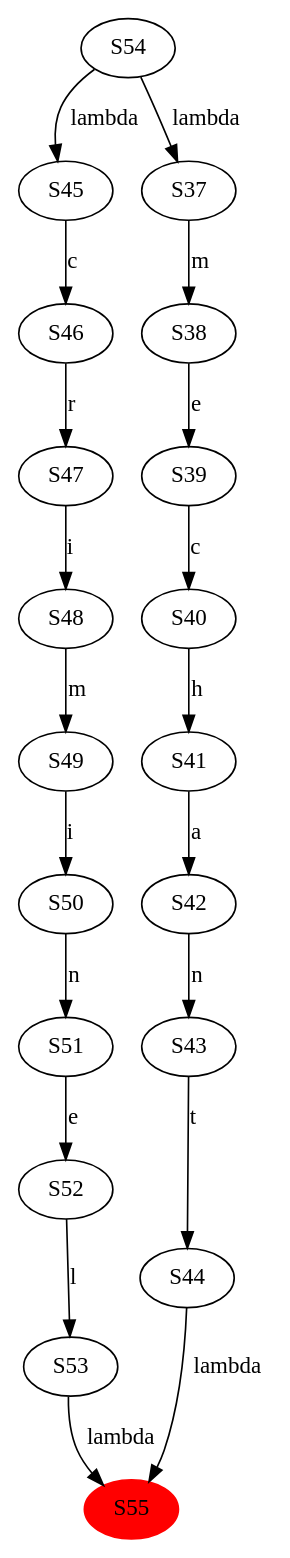
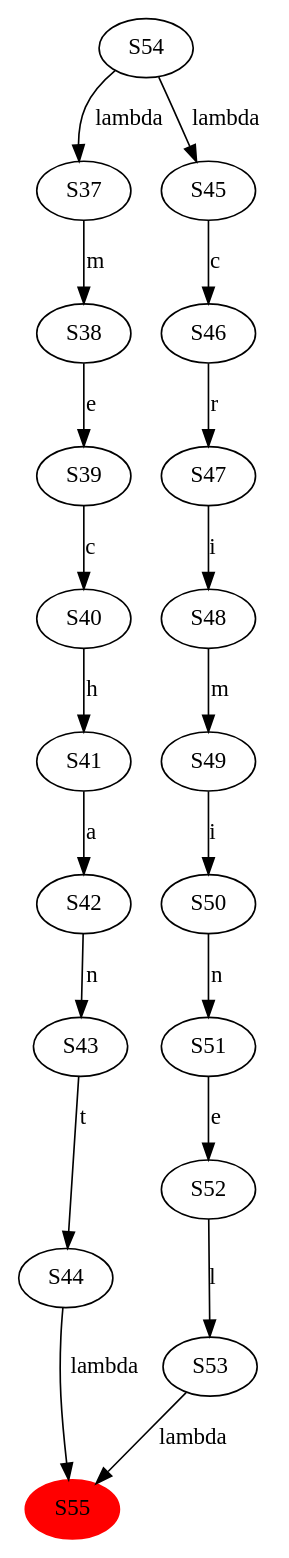
One commit to Adpa18/RushHell changed the diagram in purgatory/etape6/union2.dot. Above: the diagram before and after it, drawn with Graphviz. The commit also changed other lines of this file and 17 other files, not shown here.

```diff
--- a/purgatory/etape6/union2.dot
+++ b/purgatory/etape6/union2.dot
@@ -1,22 +1,22 @@
 digraph fsa {
+  S54 -> S37 [label="lambda"];
   S54 -> S45 [label="lambda"];
-  S54 -> S37 [label="lambda"];
-  S55 [style="filled" color="red"]
   S37 -> S38 [label="m"];
   S38 -> S39 [label="e"];
   S39 -> S40 [label="c"];
   S40 -> S41 [label="h"];
   S41 -> S42 [label="a"];
   S42 -> S43 [label="n"];
   S43 -> S44 [label="t"];
   S44 -> S55 [label="lambda"];
   S45 -> S46 [label="c"];
   S46 -> S47 [label="r"];
   S47 -> S48 [label="i"];
   S48 -> S49 [label="m"];
   S49 -> S50 [label="i"];
   S50 -> S51 [label="n"];
   S51 -> S52 [label="e"];
   S52 -> S53 [label="l"];
   S53 -> S55 [label="lambda"];
+  S55 [style="filled" color="red"]
 }
```
